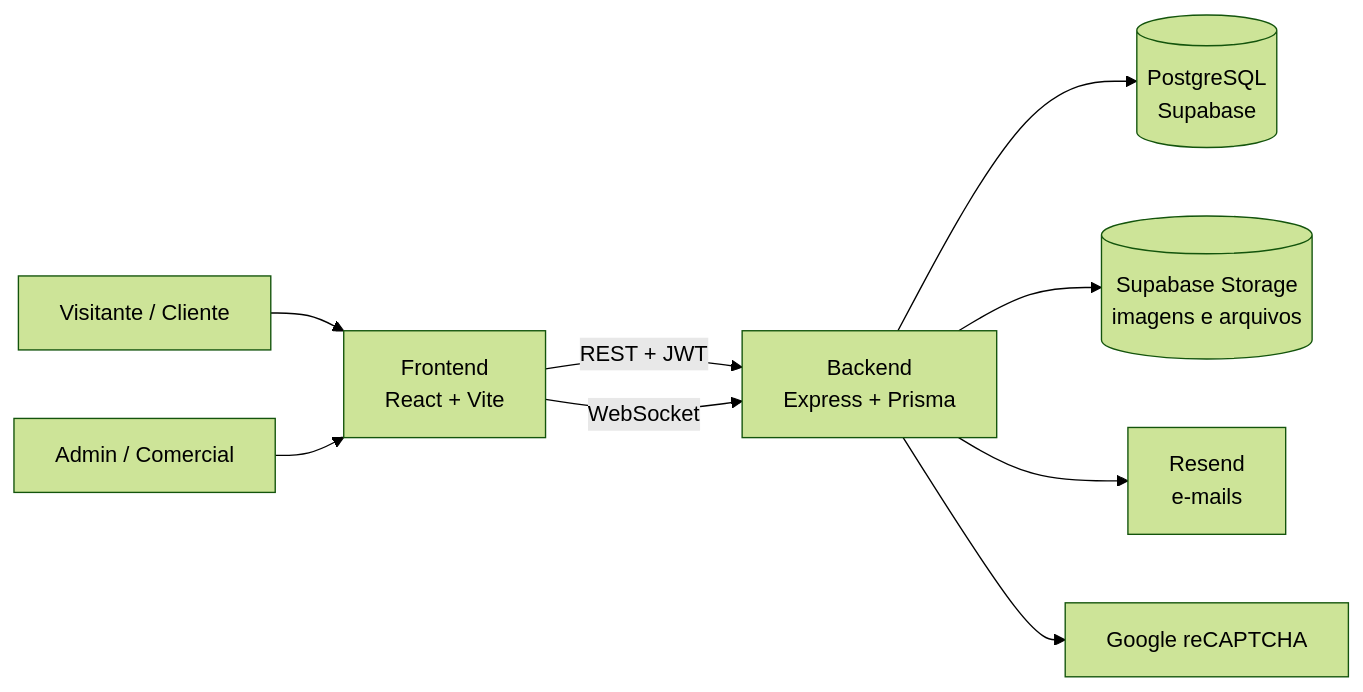
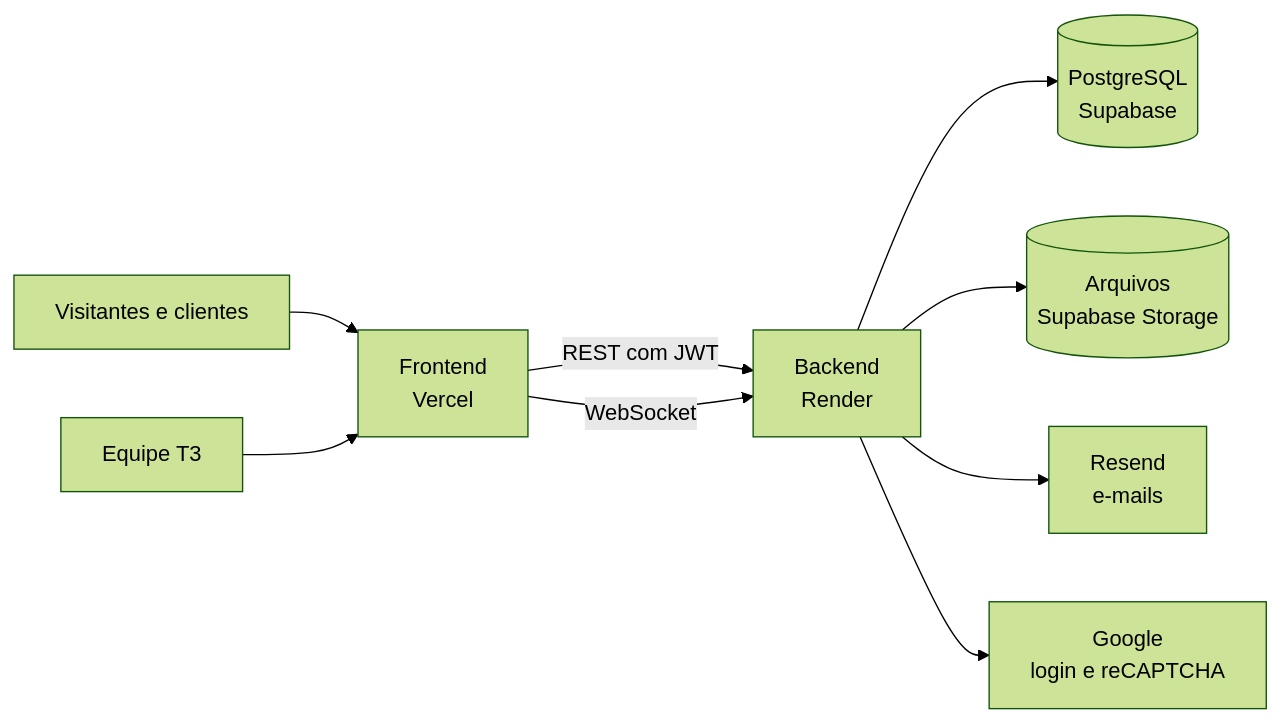
One commit to T3OOH/.github changed the first of 2 diagrams in profile/README.md. Above: the diagram before and after it, drawn with Mermaid (forest theme). The commit also changed other lines of this file, not shown here.

Commit message:
README da organização com as funções e a arquitetura atuais (#1)

````diff
--- a/profile/README.md
+++ b/profile/README.md
@@ -35,11 +61,11 @@
 ```mermaid
 flowchart LR
-    U[Visitante / Cliente] --> FE[Frontend<br/>React + Vite]
-    A[Admin / Comercial] --> FE
-    FE -- REST + JWT --> BE[Backend<br/>Express + Prisma]
+    V[Visitantes e clientes] --> FE
+    E[Equipe T3] --> FE
+    FE[Frontend<br/>Vercel] -- REST com JWT --> BE[Backend<br/>Render]
     FE -- WebSocket --> BE
     BE --> DB[(PostgreSQL<br/>Supabase)]
-    BE --> ST[(Supabase Storage<br/>imagens e arquivos)]
-    BE --> EM[Resend<br/>e-mails]
-    BE --> RC[Google reCAPTCHA]
+    BE --> ST[(Arquivos<br/>Supabase Storage)]
+    BE --> RS[Resend<br/>e-mails]
+    BE --> GO[Google<br/>login e reCAPTCHA]
 ```
````
